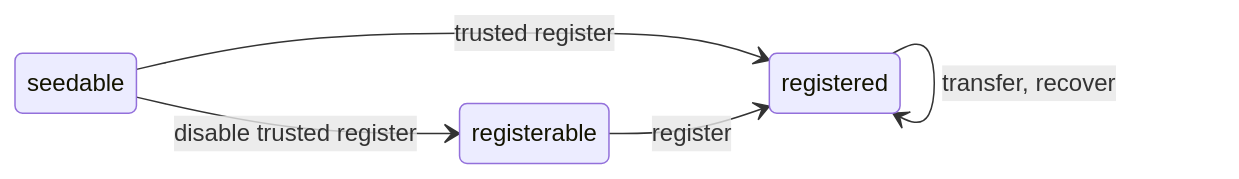
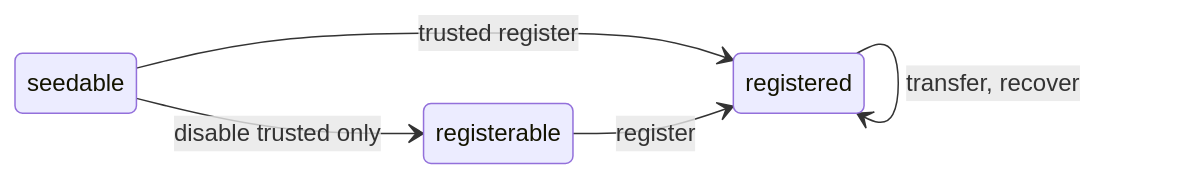
The diagram in docs/docs.md (farcasterxyz/contracts), drawn with Mermaid before and after one commit. The commit also changed other lines of this file and 1 other file, not shown here.

````diff
--- a/docs/docs.md
+++ b/docs/docs.md
@@ -26,8 +28,8 @@
 ```mermaid
     stateDiagram-v2
         direction LR
-        seedable --> registerable: disable trusted register
+        seedable --> registerable: disable trusted only
         seedable --> registered: trusted register
         registerable --> registered: register
         registered --> registered: transfer, recover
 ```
````
